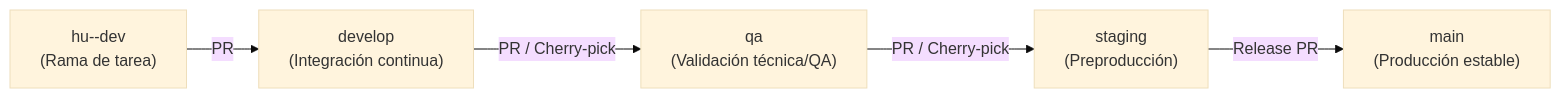
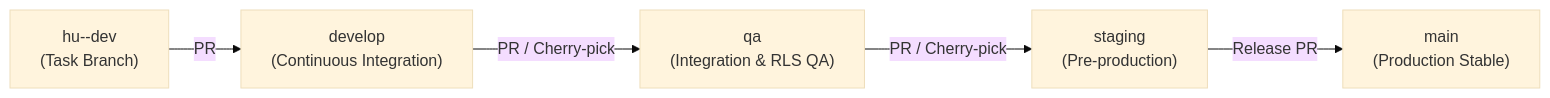
Before and after one commit to daniel2004-lsd/worksphere-docs: the diagram in 00-governance/git-conventions.md, drawn with Mermaid (base theme). The commit also changed other lines of this file and 22 other files, not shown here.

Commit message:
docs(all): complete english enterprise architecture, security policy, non-functional requirements and EcoRuteandoDb liquibase governance (#4)

````diff
--- a/00-governance/git-conventions.md
+++ b/00-governance/git-conventions.md
@@ -45,7 +45,7 @@
 ```mermaid
 flowchart LR
-    DevBranch["hu-<numero>-dev<br/>(Rama de tarea)"] -->|PR| Develop["develop<br/>(Integración continua)"]
-    Develop -->|PR / Cherry-pick| QA["qa<br/>(Validación técnica/QA)"]
-    QA -->|PR / Cherry-pick| Staging["staging<br/>(Preproducción)"]
-    Staging -->|Release PR| Main["main<br/>(Producción estable)"]
+    DevBranch["hu-<number>-dev<br/>(Task Branch)"] -->|PR| Develop["develop<br/>(Continuous Integration)"]
+    Develop -->|PR / Cherry-pick| QA["qa<br/>(Integration & RLS QA)"]
+    QA -->|PR / Cherry-pick| Staging["staging<br/>(Pre-production)"]
+    Staging -->|Release PR| Main["main<br/>(Production Stable)"]
 ```
````
